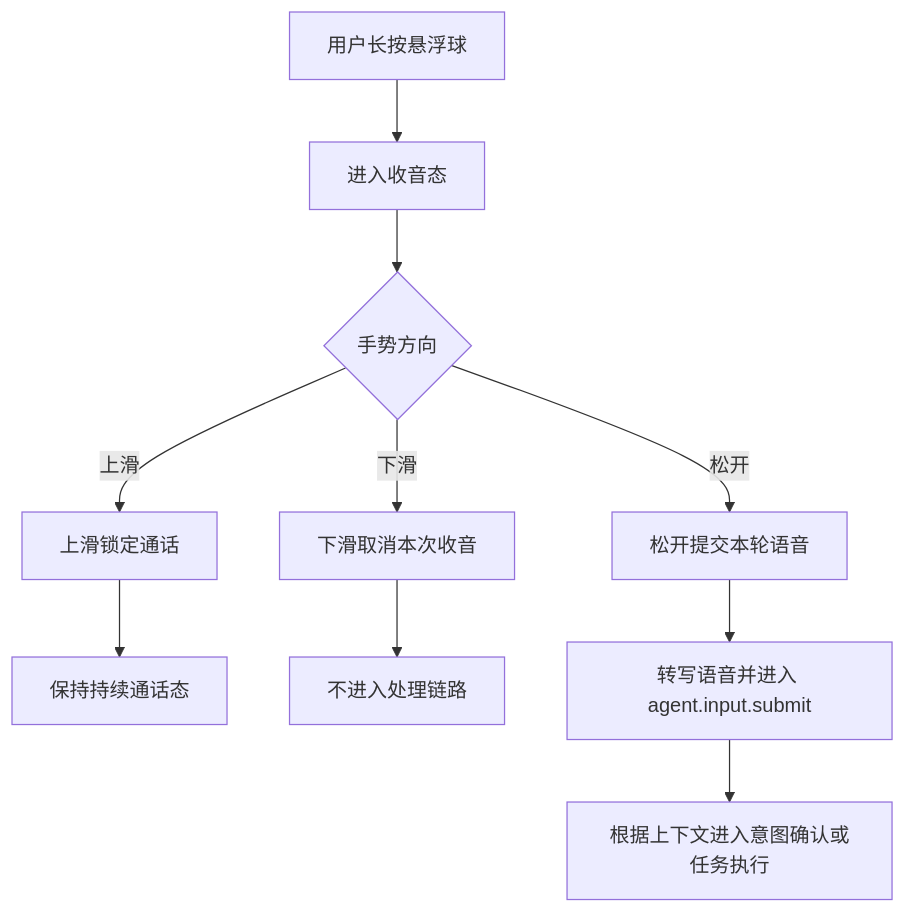
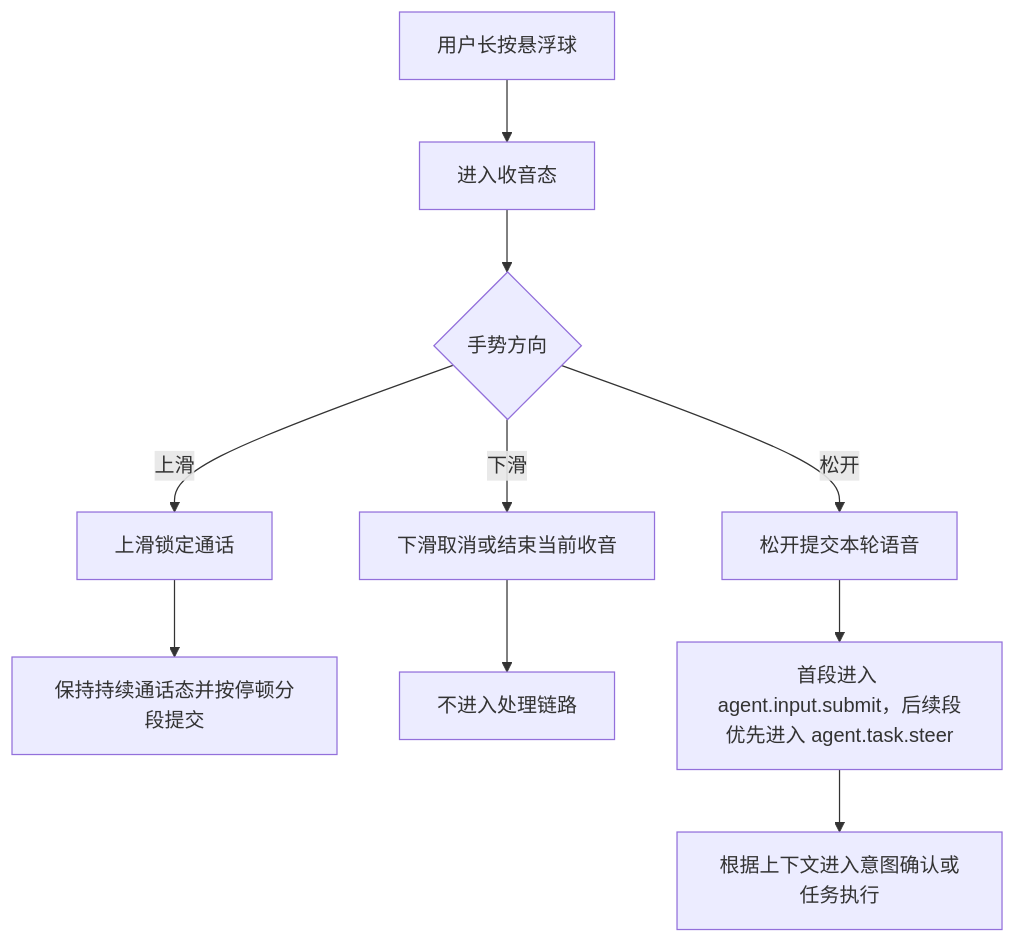
Before and after one commit to 1024XEngineer/CialloClaw: diagram 14 of 32 in docs/module-design.md, drawn with Mermaid. The commit also changed other lines of this file and 41 other files, not shown here.

````diff
--- a/docs/module-design.md
+++ b/docs/module-design.md
@@ -1820,18 +1820,18 @@
 ```mermaid
 flowchart TB
     A[用户长按悬浮球]
     B[进入收音态]
     C{手势方向}
     D[上滑锁定通话]
-    E[下滑取消本次收音]
+    E[下滑取消或结束当前收音]
     F[松开提交本轮语音]
-    G[保持持续通话态]
+    G[保持持续通话态并按停顿分段提交]
     H[不进入处理链路]
-    I[转写语音并进入 agent.input.submit]
+    I[首段进入 agent.input.submit，后续段优先进入 agent.task.steer]
     J[根据上下文进入意图确认或任务执行]
 
     A --> B --> C
     C -- 上滑 --> D --> G
     C -- 下滑 --> E --> H
     C -- 松开 --> F --> I --> J
 ```
````
